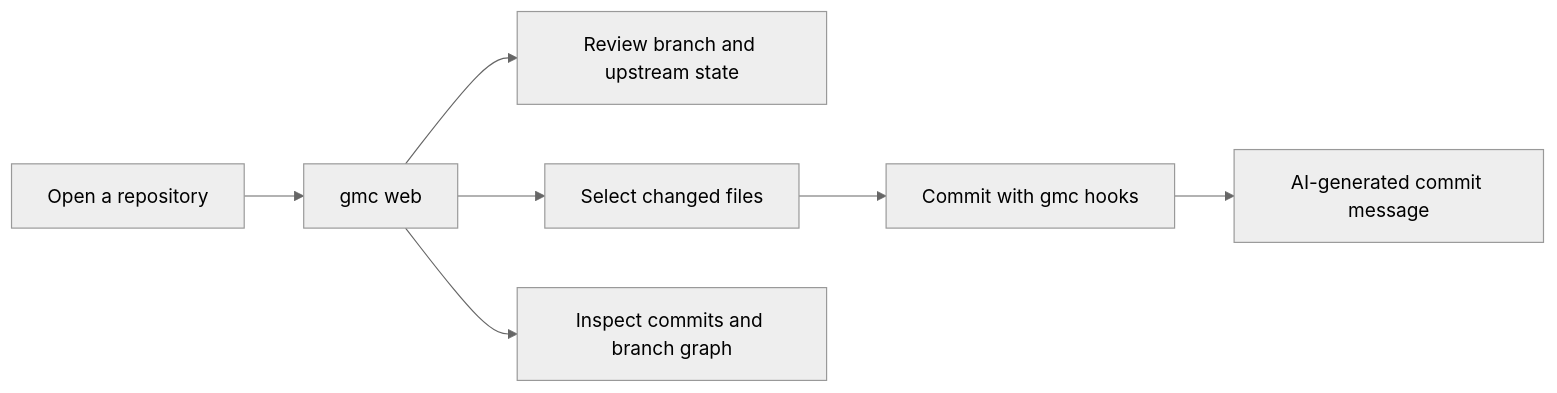
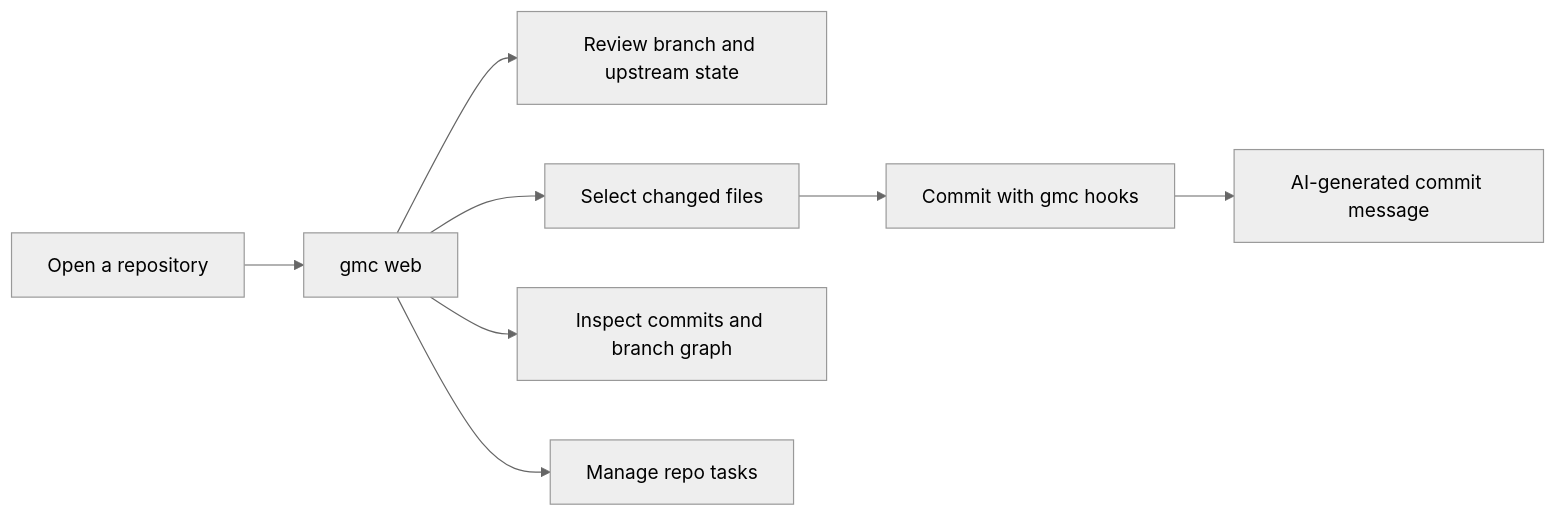
One commit to taontech/vibe-git changed the diagram in README.md. Above: the diagram before and after it, drawn with Mermaid (neutral theme). The commit also changed other lines of this file and 6 other files, not shown here.

````diff
--- a/README.md
+++ b/README.md
@@ -21,9 +22,10 @@
 ```mermaid
 flowchart LR
   A["Open a repository"] --> B["gmc web"]
   B --> C["Review branch and upstream state"]
   B --> D["Select changed files"]
   D --> E["Commit with gmc hooks"]
   E --> F["AI-generated commit message"]
   B --> G["Inspect commits and branch graph"]
+  B --> H["Manage repo tasks"]
 ```
````
